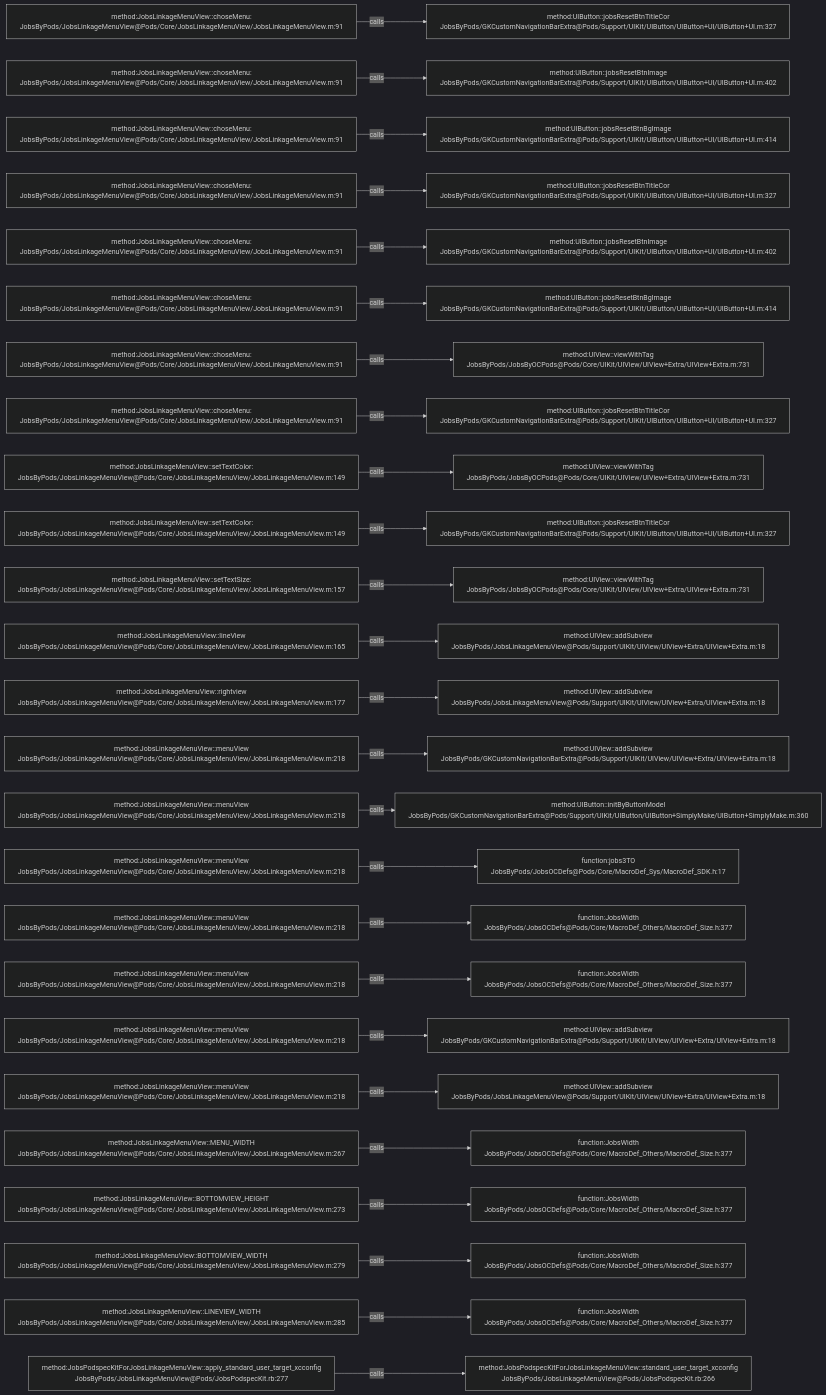
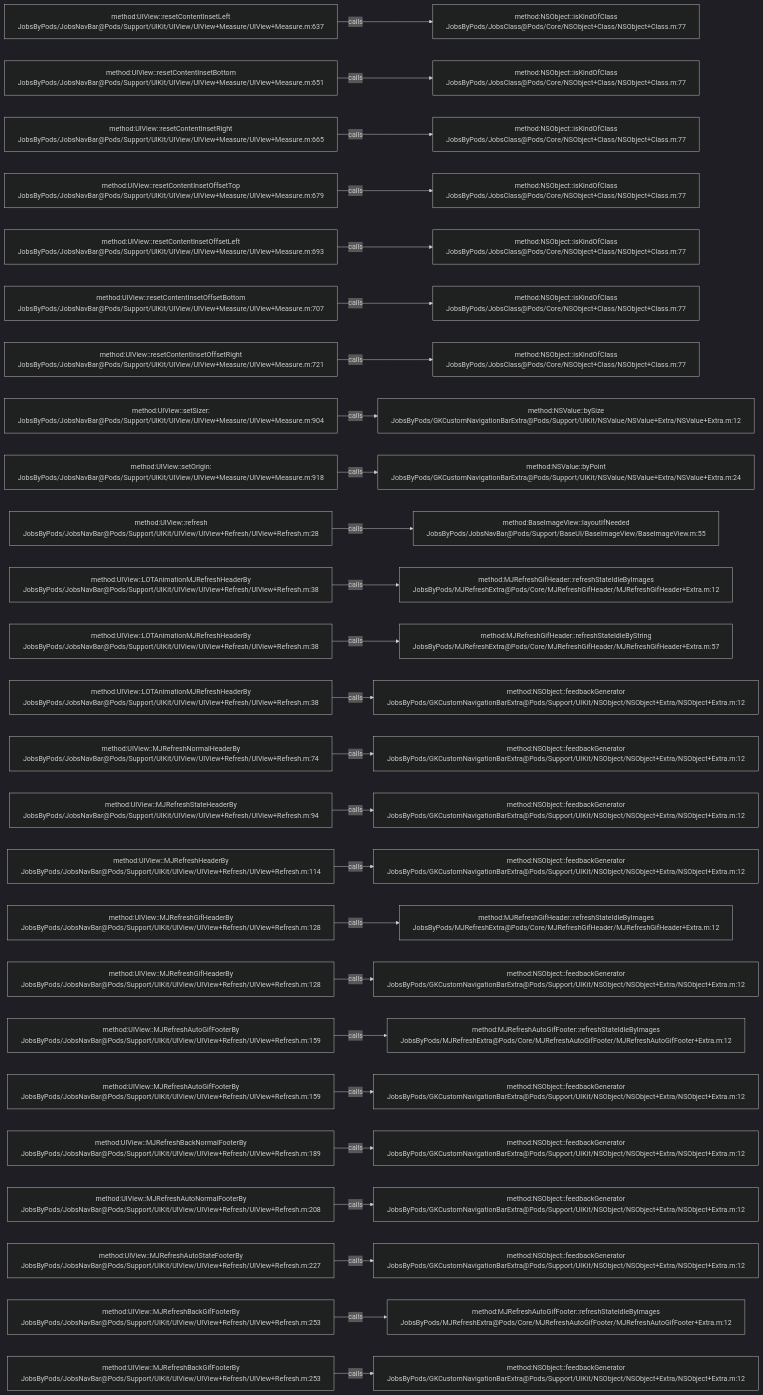
Before and after one commit to JobsKits/JobsOCBaseConfigDemo: the diagram in .codegraph/codegraph.md/graphs/calls-127.md, drawn with Mermaid (dark theme). The commit also changed 1026 other files, not shown here.

````diff
--- a/.codegraph/codegraph.md/graphs/calls-127.md
+++ b/.codegraph/codegraph.md/graphs/calls-127.md
@@ -13,78 +13,78 @@
 ```mermaid
 flowchart LR
-  S1["method:JobsLinkageMenuView::choseMenu:<br/>JobsByPods/JobsLinkageMenuView@Pods/Core/JobsLinkageMenuView/JobsLinkageMenuView.m:91"]
-  T1["method:UIButton::jobsResetBtnTitleCor<br/>JobsByPods/GKCustomNavigationBarExtra@Pods/Support/UIKit/UIButton/UIButton+UI/UIButton+UI.m:327"]
+  S1["method:UIView::resetContentInsetLeft<br/>JobsByPods/JobsNavBar@Pods/Support/UIKit/UIView/UIView+Measure/UIView+Measure.m:637"]
+  T1["method:NSObject::isKindOfClass<br/>JobsByPods/JobsClass@Pods/Core/NSObject+Class/NSObject+Class.m:77"]
   S1 -->|calls| T1
-  S2["method:JobsLinkageMenuView::choseMenu:<br/>JobsByPods/JobsLinkageMenuView@Pods/Core/JobsLinkageMenuView/JobsLinkageMenuView.m:91"]
-  T2["method:UIButton::jobsResetBtnImage<br/>JobsByPods/GKCustomNavigationBarExtra@Pods/Support/UIKit/UIButton/UIButton+UI/UIButton+UI.m:402"]
+  S2["method:UIView::resetContentInsetBottom<br/>JobsByPods/JobsNavBar@Pods/Support/UIKit/UIView/UIView+Measure/UIView+Measure.m:651"]
+  T2["method:NSObject::isKindOfClass<br/>JobsByPods/JobsClass@Pods/Core/NSObject+Class/NSObject+Class.m:77"]
   S2 -->|calls| T2
-  S3["method:JobsLinkageMenuView::choseMenu:<br/>JobsByPods/JobsLinkageMenuView@Pods/Core/JobsLinkageMenuView/JobsLinkageMenuView.m:91"]
-  T3["method:UIButton::jobsResetBtnBgImage<br/>JobsByPods/GKCustomNavigationBarExtra@Pods/Support/UIKit/UIButton/UIButton+UI/UIButton+UI.m:414"]
+  S3["method:UIView::resetContentInsetRight<br/>JobsByPods/JobsNavBar@Pods/Support/UIKit/UIView/UIView+Measure/UIView+Measure.m:665"]
+  T3["method:NSObject::isKindOfClass<br/>JobsByPods/JobsClass@Pods/Core/NSObject+Class/NSObject+Class.m:77"]
   S3 -->|calls| T3
-  S4["method:JobsLinkageMenuView::choseMenu:<br/>JobsByPods/JobsLinkageMenuView@Pods/Core/JobsLinkageMenuView/JobsLinkageMenuView.m:91"]
-  T4["method:UIButton::jobsResetBtnTitleCor<br/>JobsByPods/GKCustomNavigationBarExtra@Pods/Support/UIKit/UIButton/UIButton+UI/UIButton+UI.m:327"]
+  S4["method:UIView::resetContentInsetOffsetTop<br/>JobsByPods/JobsNavBar@Pods/Support/UIKit/UIView/UIView+Measure/UIView+Measure.m:679"]
+  T4["method:NSObject::isKindOfClass<br/>JobsByPods/JobsClass@Pods/Core/NSObject+Class/NSObject+Class.m:77"]
   S4 -->|calls| T4
-  S5["method:JobsLinkageMenuView::choseMenu:<br/>JobsByPods/JobsLinkageMenuView@Pods/Core/JobsLinkageMenuView/JobsLinkageMenuView.m:91"]
-  T5["method:UIButton::jobsResetBtnImage<br/>JobsByPods/GKCustomNavigationBarExtra@Pods/Support/UIKit/UIButton/UIButton+UI/UIButton+UI.m:402"]
+  S5["method:UIView::resetContentInsetOffsetLeft<br/>JobsByPods/JobsNavBar@Pods/Support/UIKit/UIView/UIView+Measure/UIView+Measure.m:693"]
+  T5["method:NSObject::isKindOfClass<br/>JobsByPods/JobsClass@Pods/Core/NSObject+Class/NSObject+Class.m:77"]
   S5 -->|calls| T5
-  S6["method:JobsLinkageMenuView::choseMenu:<br/>JobsByPods/JobsLinkageMenuView@Pods/Core/JobsLinkageMenuView/JobsLinkageMenuView.m:91"]
-  T6["method:UIButton::jobsResetBtnBgImage<br/>JobsByPods/GKCustomNavigationBarExtra@Pods/Support/UIKit/UIButton/UIButton+UI/UIButton+UI.m:414"]
+  S6["method:UIView::resetContentInsetOffsetBottom<br/>JobsByPods/JobsNavBar@Pods/Support/UIKit/UIView/UIView+Measure/UIView+Measure.m:707"]
+  T6["method:NSObject::isKindOfClass<br/>JobsByPods/JobsClass@Pods/Core/NSObject+Class/NSObject+Class.m:77"]
   S6 -->|calls| T6
-  S7["method:JobsLinkageMenuView::choseMenu:<br/>JobsByPods/JobsLinkageMenuView@Pods/Core/JobsLinkageMenuView/JobsLinkageMenuView.m:91"]
-  T7["method:UIView::viewWithTag<br/>JobsByPods/JobsByOCPods@Pods/Core/UIKit/UIView/UIView+Extra/UIView+Extra.m:731"]
+  S7["method:UIView::resetContentInsetOffsetRight<br/>JobsByPods/JobsNavBar@Pods/Support/UIKit/UIView/UIView+Measure/UIView+Measure.m:721"]
+  T7["method:NSObject::isKindOfClass<br/>JobsByPods/JobsClass@Pods/Core/NSObject+Class/NSObject+Class.m:77"]
   S7 -->|calls| T7
-  S8["method:JobsLinkageMenuView::choseMenu:<br/>JobsByPods/JobsLinkageMenuView@Pods/Core/JobsLinkageMenuView/JobsLinkageMenuView.m:91"]
-  T8["method:UIButton::jobsResetBtnTitleCor<br/>JobsByPods/GKCustomNavigationBarExtra@Pods/Support/UIKit/UIButton/UIButton+UI/UIButton+UI.m:327"]
+  S8["method:UIView::setSizer:<br/>JobsByPods/JobsNavBar@Pods/Support/UIKit/UIView/UIView+Measure/UIView+Measure.m:904"]
+  T8["method:NSValue::bySize<br/>JobsByPods/GKCustomNavigationBarExtra@Pods/Support/UIKit/NSValue/NSValue+Extra/NSValue+Extra.m:12"]
   S8 -->|calls| T8
-  S9["method:JobsLinkageMenuView::setTextColor:<br/>JobsByPods/JobsLinkageMenuView@Pods/Core/JobsLinkageMenuView/JobsLinkageMenuView.m:149"]
-  T9["method:UIView::viewWithTag<br/>JobsByPods/JobsByOCPods@Pods/Core/UIKit/UIView/UIView+Extra/UIView+Extra.m:731"]
+  S9["method:UIView::setOrigin:<br/>JobsByPods/JobsNavBar@Pods/Support/UIKit/UIView/UIView+Measure/UIView+Measure.m:918"]
+  T9["method:NSValue::byPoint<br/>JobsByPods/GKCustomNavigationBarExtra@Pods/Support/UIKit/NSValue/NSValue+Extra/NSValue+Extra.m:24"]
   S9 -->|calls| T9
-  S10["method:JobsLinkageMenuView::setTextColor:<br/>JobsByPods/JobsLinkageMenuView@Pods/Core/JobsLinkageMenuView/JobsLinkageMenuView.m:149"]
-  T10["method:UIButton::jobsResetBtnTitleCor<br/>JobsByPods/GKCustomNavigationBarExtra@Pods/Support/UIKit/UIButton/UIButton+UI/UIButton+UI.m:327"]
+  S10["method:UIView::refresh<br/>JobsByPods/JobsNavBar@Pods/Support/UIKit/UIView/UIView+Refresh/UIView+Refresh.m:28"]
+  T10["method:BaseImageView::layoutIfNeeded<br/>JobsByPods/JobsNavBar@Pods/Support/BaseUI/BaseImageView/BaseImageView.m:55"]
   S10 -->|calls| T10
-  S11["method:JobsLinkageMenuView::setTextSize:<br/>JobsByPods/JobsLinkageMenuView@Pods/Core/JobsLinkageMenuView/JobsLinkageMenuView.m:157"]
-  T11["method:UIView::viewWithTag<br/>JobsByPods/JobsByOCPods@Pods/Core/UIKit/UIView/UIView+Extra/UIView+Extra.m:731"]
+  S11["method:UIView::LOTAnimationMJRefreshHeaderBy<br/>JobsByPods/JobsNavBar@Pods/Support/UIKit/UIView/UIView+Refresh/UIView+Refresh.m:38"]
+  T11["method:MJRefreshGifHeader::refreshStateIdleByImages<br/>JobsByPods/MJRefreshExtra@Pods/Core/MJRefreshGifHeader/MJRefreshGifHeader+Extra.m:12"]
   S11 -->|calls| T11
-  S12["method:JobsLinkageMenuView::lineView<br/>JobsByPods/JobsLinkageMenuView@Pods/Core/JobsLinkageMenuView/JobsLinkageMenuView.m:165"]
-  T12["method:UIView::addSubview<br/>JobsByPods/JobsLinkageMenuView@Pods/Support/UIKit/UIView/UIView+Extra/UIView+Extra.m:18"]
+  S12["method:UIView::LOTAnimationMJRefreshHeaderBy<br/>JobsByPods/JobsNavBar@Pods/Support/UIKit/UIView/UIView+Refresh/UIView+Refresh.m:38"]
+  T12["method:MJRefreshGifHeader::refreshStateIdleByString<br/>JobsByPods/MJRefreshExtra@Pods/Core/MJRefreshGifHeader/MJRefreshGifHeader+Extra.m:57"]
   S12 -->|calls| T12
-  S13["method:JobsLinkageMenuView::rightview<br/>JobsByPods/JobsLinkageMenuView@Pods/Core/JobsLinkageMenuView/JobsLinkageMenuView.m:177"]
-  T13["method:UIView::addSubview<br/>JobsByPods/JobsLinkageMenuView@Pods/Support/UIKit/UIView/UIView+Extra/UIView+Extra.m:18"]
+  S13["method:UIView::LOTAnimationMJRefreshHeaderBy<br/>JobsByPods/JobsNavBar@Pods/Support/UIKit/UIView/UIView+Refresh/UIView+Refresh.m:38"]
+  T13["method:NSObject::feedbackGenerator<br/>JobsByPods/GKCustomNavigationBarExtra@Pods/Support/UIKit/NSObject/NSObject+Extra/NSObject+Extra.m:12"]
   S13 -->|calls| T13
-  S14["method:JobsLinkageMenuView::menuView<br/>JobsByPods/JobsLinkageMenuView@Pods/Core/JobsLinkageMenuView/JobsLinkageMenuView.m:218"]
-  T14["method:UIView::addSubview<br/>JobsByPods/GKCustomNavigationBarExtra@Pods/Support/UIKit/UIView/UIView+Extra/UIView+Extra.m:18"]
+  S14["method:UIView::MJRefreshNormalHeaderBy<br/>JobsByPods/JobsNavBar@Pods/Support/UIKit/UIView/UIView+Refresh/UIView+Refresh.m:74"]
+  T14["method:NSObject::feedbackGenerator<br/>JobsByPods/GKCustomNavigationBarExtra@Pods/Support/UIKit/NSObject/NSObject+Extra/NSObject+Extra.m:12"]
   S14 -->|calls| T14
-  S15["method:JobsLinkageMenuView::menuView<br/>JobsByPods/JobsLinkageMenuView@Pods/Core/JobsLinkageMenuView/JobsLinkageMenuView.m:218"]
-  T15["method:UIButton::initByButtonModel<br/>JobsByPods/GKCustomNavigationBarExtra@Pods/Support/UIKit/UIButton/UIButton+SimplyMake/UIButton+SimplyMake.m:360"]
+  S15["method:UIView::MJRefreshStateHeaderBy<br/>JobsByPods/JobsNavBar@Pods/Support/UIKit/UIView/UIView+Refresh/UIView+Refresh.m:94"]
+  T15["method:NSObject::feedbackGenerator<br/>JobsByPods/GKCustomNavigationBarExtra@Pods/Support/UIKit/NSObject/NSObject+Extra/NSObject+Extra.m:12"]
   S15 -->|calls| T15
-  S16["method:JobsLinkageMenuView::menuView<br/>JobsByPods/JobsLinkageMenuView@Pods/Core/JobsLinkageMenuView/JobsLinkageMenuView.m:218"]
-  T16["function:jobs3TO<br/>JobsByPods/JobsOCDefs@Pods/Core/MacroDef_Sys/MacroDef_SDK.h:17"]
+  S16["method:UIView::MJRefreshHeaderBy<br/>JobsByPods/JobsNavBar@Pods/Support/UIKit/UIView/UIView+Refresh/UIView+Refresh.m:114"]
+  T16["method:NSObject::feedbackGenerator<br/>JobsByPods/GKCustomNavigationBarExtra@Pods/Support/UIKit/NSObject/NSObject+Extra/NSObject+Extra.m:12"]
   S16 -->|calls| T16
-  S17["method:JobsLinkageMenuView::menuView<br/>JobsByPods/JobsLinkageMenuView@Pods/Core/JobsLinkageMenuView/JobsLinkageMenuView.m:218"]
-  T17["function:JobsWidth<br/>JobsByPods/JobsOCDefs@Pods/Core/MacroDef_Others/MacroDef_Size.h:377"]
+  S17["method:UIView::MJRefreshGifHeaderBy<br/>JobsByPods/JobsNavBar@Pods/Support/UIKit/UIView/UIView+Refresh/UIView+Refresh.m:128"]
+  T17["method:MJRefreshGifHeader::refreshStateIdleByImages<br/>JobsByPods/MJRefreshExtra@Pods/Core/MJRefreshGifHeader/MJRefreshGifHeader+Extra.m:12"]
   S17 -->|calls| T17
-  S18["method:JobsLinkageMenuView::menuView<br/>JobsByPods/JobsLinkageMenuView@Pods/Core/JobsLinkageMenuView/JobsLinkageMenuView.m:218"]
-  T18["function:JobsWidth<br/>JobsByPods/JobsOCDefs@Pods/Core/MacroDef_Others/MacroDef_Size.h:377"]
+  S18["method:UIView::MJRefreshGifHeaderBy<br/>JobsByPods/JobsNavBar@Pods/Support/UIKit/UIView/UIView+Refresh/UIView+Refresh.m:128"]
+  T18["method:NSObject::feedbackGenerator<br/>JobsByPods/GKCustomNavigationBarExtra@Pods/Support/UIKit/NSObject/NSObject+Extra/NSObject+Extra.m:12"]
   S18 -->|calls| T18
-  S19["method:JobsLinkageMenuView::menuView<br/>JobsByPods/JobsLinkageMenuView@Pods/Core/JobsLinkageMenuView/JobsLinkageMenuView.m:218"]
-  T19["method:UIView::addSubview<br/>JobsByPods/GKCustomNavigationBarExtra@Pods/Support/UIKit/UIView/UIView+Extra/UIView+Extra.m:18"]
+  S19["method:UIView::MJRefreshAutoGifFooterBy<br/>JobsByPods/JobsNavBar@Pods/Support/UIKit/UIView/UIView+Refresh/UIView+Refresh.m:159"]
+  T19["method:MJRefreshAutoGifFooter::refreshStateIdleByImages<br/>JobsByPods/MJRefreshExtra@Pods/Core/MJRefreshAutoGifFooter/MJRefreshAutoGifFooter+Extra.m:12"]
   S19 -->|calls| T19
-  S20["method:JobsLinkageMenuView::menuView<br/>JobsByPods/JobsLinkageMenuView@Pods/Core/JobsLinkageMenuView/JobsLinkageMenuView.m:218"]
-  T20["method:UIView::addSubview<br/>JobsByPods/JobsLinkageMenuView@Pods/Support/UIKit/UIView/UIView+Extra/UIView+Extra.m:18"]
+  S20["method:UIView::MJRefreshAutoGifFooterBy<br/>JobsByPods/JobsNavBar@Pods/Support/UIKit/UIView/UIView+Refresh/UIView+Refresh.m:159"]
+  T20["method:NSObject::feedbackGenerator<br/>JobsByPods/GKCustomNavigationBarExtra@Pods/Support/UIKit/NSObject/NSObject+Extra/NSObject+Extra.m:12"]
   S20 -->|calls| T20
-  S21["method:JobsLinkageMenuView::MENU_WIDTH<br/>JobsByPods/JobsLinkageMenuView@Pods/Core/JobsLinkageMenuView/JobsLinkageMenuView.m:267"]
-  T21["function:JobsWidth<br/>JobsByPods/JobsOCDefs@Pods/Core/MacroDef_Others/MacroDef_Size.h:377"]
+  S21["method:UIView::MJRefreshBackNormalFooterBy<br/>JobsByPods/JobsNavBar@Pods/Support/UIKit/UIView/UIView+Refresh/UIView+Refresh.m:189"]
+  T21["method:NSObject::feedbackGenerator<br/>JobsByPods/GKCustomNavigationBarExtra@Pods/Support/UIKit/NSObject/NSObject+Extra/NSObject+Extra.m:12"]
   S21 -->|calls| T21
-  S22["method:JobsLinkageMenuView::BOTTOMVIEW_HEIGHT<br/>JobsByPods/JobsLinkageMenuView@Pods/Core/JobsLinkageMenuView/JobsLinkageMenuView.m:273"]
-  T22["function:JobsWidth<br/>JobsByPods/JobsOCDefs@Pods/Core/MacroDef_Others/MacroDef_Size.h:377"]
+  S22["method:UIView::MJRefreshAutoNormalFooterBy<br/>JobsByPods/JobsNavBar@Pods/Support/UIKit/UIView/UIView+Refresh/UIView+Refresh.m:208"]
+  T22["method:NSObject::feedbackGenerator<br/>JobsByPods/GKCustomNavigationBarExtra@Pods/Support/UIKit/NSObject/NSObject+Extra/NSObject+Extra.m:12"]
   S22 -->|calls| T22
-  S23["method:JobsLinkageMenuView::BOTTOMVIEW_WIDTH<br/>JobsByPods/JobsLinkageMenuView@Pods/Core/JobsLinkageMenuView/JobsLinkageMenuView.m:279"]
-  T23["function:JobsWidth<br/>JobsByPods/JobsOCDefs@Pods/Core/MacroDef_Others/MacroDef_Size.h:377"]
+  S23["method:UIView::MJRefreshAutoStateFooterBy<br/>JobsByPods/JobsNavBar@Pods/Support/UIKit/UIView/UIView+Refresh/UIView+Refresh.m:227"]
+  T23["method:NSObject::feedbackGenerator<br/>JobsByPods/GKCustomNavigationBarExtra@Pods/Support/UIKit/NSObject/NSObject+Extra/NSObject+Extra.m:12"]
   S23 -->|calls| T23
-  S24["method:JobsLinkageMenuView::LINEVIEW_WIDTH<br/>JobsByPods/JobsLinkageMenuView@Pods/Core/JobsLinkageMenuView/JobsLinkageMenuView.m:285"]
-  T24["function:JobsWidth<br/>JobsByPods/JobsOCDefs@Pods/Core/MacroDef_Others/MacroDef_Size.h:377"]
+  S24["method:UIView::MJRefreshBackGifFooterBy<br/>JobsByPods/JobsNavBar@Pods/Support/UIKit/UIView/UIView+Refresh/UIView+Refresh.m:253"]
+  T24["method:MJRefreshAutoGifFooter::refreshStateIdleByImages<br/>JobsByPods/MJRefreshExtra@Pods/Core/MJRefreshAutoGifFooter/MJRefreshAutoGifFooter+Extra.m:12"]
   S24 -->|calls| T24
-  S25["method:JobsPodspecKitForJobsLinkageMenuView::apply_standard_user_target_xcconfig<br/>JobsByPods/JobsLinkageMenuView@Pods/JobsPodspecKit.rb:277"]
-  T25["method:JobsPodspecKitForJobsLinkageMenuView::standard_user_target_xcconfig<br/>JobsByPods/JobsLinkageMenuView@Pods/JobsPodspecKit.rb:266"]
+  S25["method:UIView::MJRefreshBackGifFooterBy<br/>JobsByPods/JobsNavBar@Pods/Support/UIKit/UIView/UIView+Refresh/UIView+Refresh.m:253"]
+  T25["method:NSObject::feedbackGenerator<br/>JobsByPods/GKCustomNavigationBarExtra@Pods/Support/UIKit/NSObject/NSObject+Extra/NSObject+Extra.m:12"]
   S25 -->|calls| T25
 ```
````
